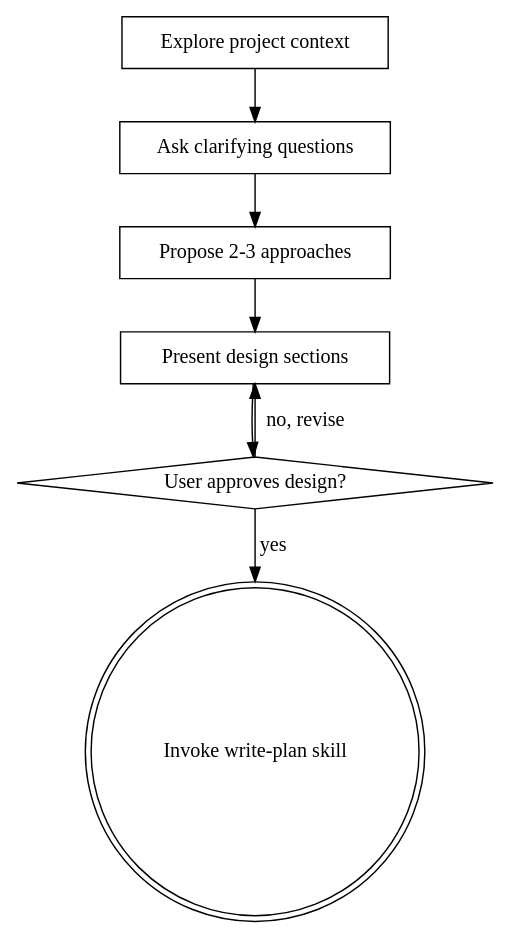
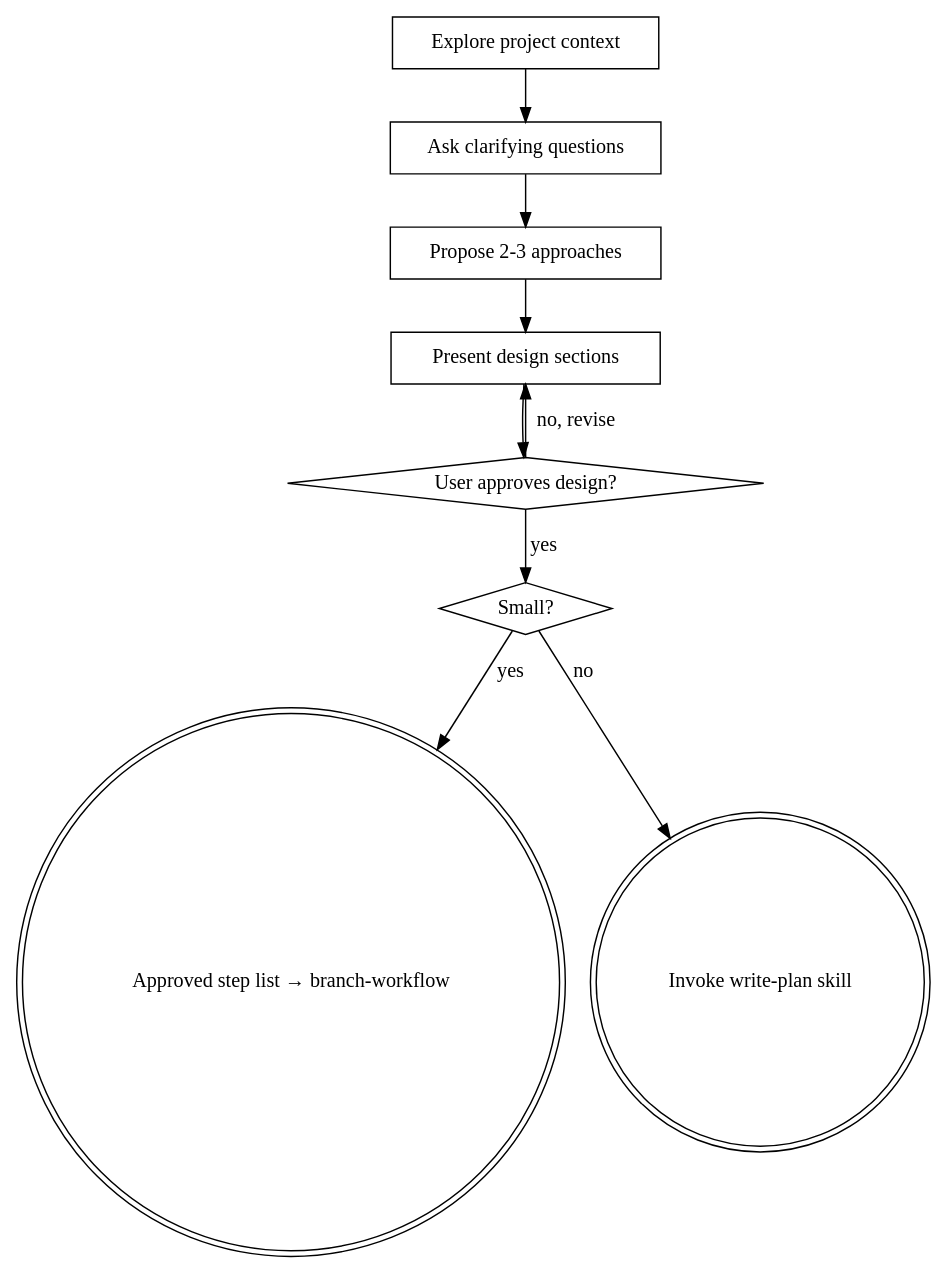
One commit to ianbleaker/snoozy-dev changed the diagram in plugins/snoozy-dev/skills/brainstorm/SKILL.md. Above: the diagram before and after it, drawn with Graphviz. The commit also changed other lines of this file and 17 other files, not shown here.

First line of the commit message:
feat: branch per task, commit per step, auto PR with follow-ups (#13)

````diff
--- a/plugins/snoozy-dev/skills/brainstorm/SKILL.md
+++ b/plugins/snoozy-dev/skills/brainstorm/SKILL.md
@@ -33,17 +33,21 @@
 ```dot
 digraph brainstorming {
     "Explore project context" [shape=box];
     "Ask clarifying questions" [shape=box];
     "Propose 2-3 approaches" [shape=box];
     "Present design sections" [shape=box];
     "User approves design?" [shape=diamond];
+    "Small?" [shape=diamond];
+    "Approved step list → branch-workflow" [shape=doublecircle];
     "Invoke write-plan skill" [shape=doublecircle];
 
     "Explore project context" -> "Ask clarifying questions";
     "Ask clarifying questions" -> "Propose 2-3 approaches";
     "Propose 2-3 approaches" -> "Present design sections";
     "Present design sections" -> "User approves design?";
     "User approves design?" -> "Present design sections" [label="no, revise"];
-    "User approves design?" -> "Invoke write-plan skill" [label="yes"];
+    "User approves design?" -> "Small?" [label="yes"];
+    "Small?" -> "Approved step list → branch-workflow" [label="yes"];
+    "Small?" -> "Invoke write-plan skill" [label="no"];
 }
 ```
````
